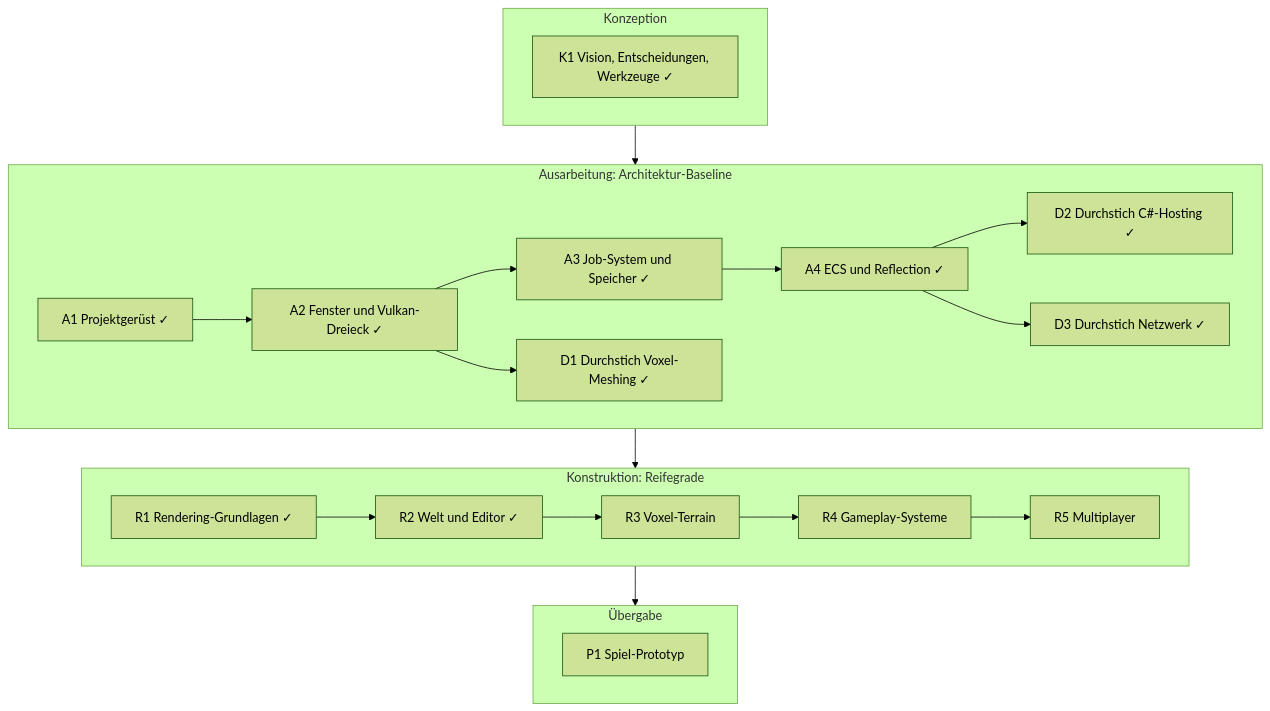
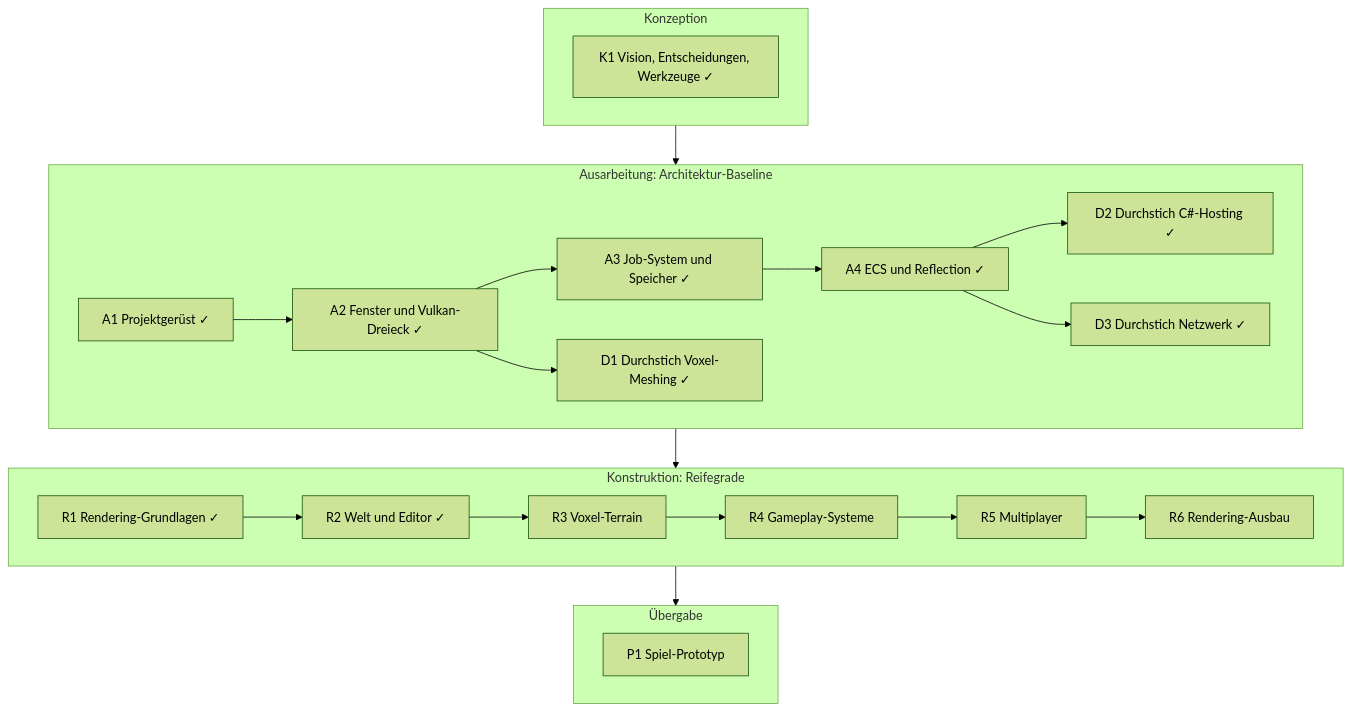
The diagram in docs/roadmap.md (viiez/ngine), drawn with Mermaid (forest theme) before and after one commit. The commit also changed other lines of this file and 3 other files, not shown here.

First line of the commit message:
Review R3: Rendering-Ausbau als Reifegrad R6 nach R5

````diff
--- a/docs/roadmap.md
+++ b/docs/roadmap.md
@@ -30,24 +30,25 @@
 ```mermaid
 flowchart TB
     subgraph K["Konzeption"]
         K1["K1 Vision, Entscheidungen, Werkzeuge ✓"]
     end
     subgraph A["Ausarbeitung: Architektur-Baseline"]
         A1["A1 Projektgerüst ✓"] --> A2["A2 Fenster und Vulkan-Dreieck ✓"]
         A2 --> A3["A3 Job-System und Speicher ✓"]
         A3 --> A4["A4 ECS und Reflection ✓"]
         A2 --> D1["D1 Durchstich Voxel-Meshing ✓"]
         A4 --> D2["D2 Durchstich C#-Hosting ✓"]
         A4 --> D3["D3 Durchstich Netzwerk ✓"]
     end
     subgraph B["Konstruktion: Reifegrade"]
         R1["R1 Rendering-Grundlagen ✓"] --> R2["R2 Welt und Editor ✓"]
         R2 --> R3["R3 Voxel-Terrain"]
         R3 --> R4["R4 Gameplay-Systeme"]
         R4 --> R5["R5 Multiplayer"]
+        R5 --> R6["R6 Rendering-Ausbau"]
     end
     subgraph U["Übergabe"]
         P1["P1 Spiel-Prototyp"]
     end
     K --> A --> B --> U
 ```
````
